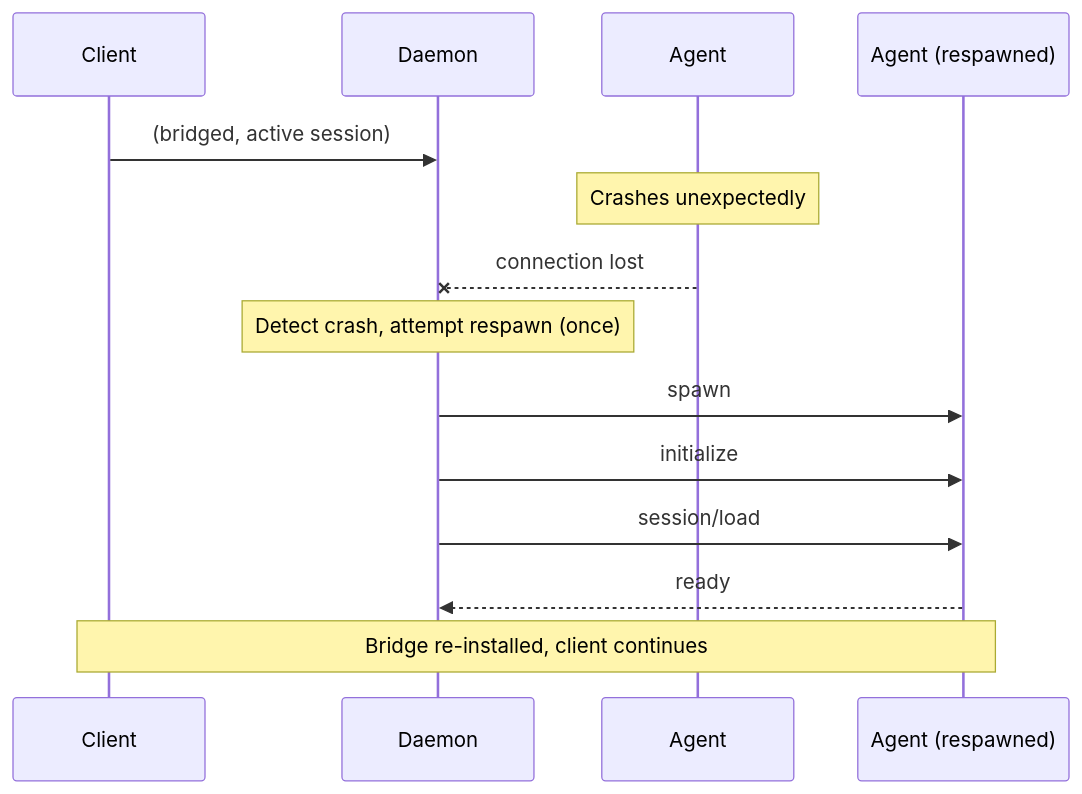
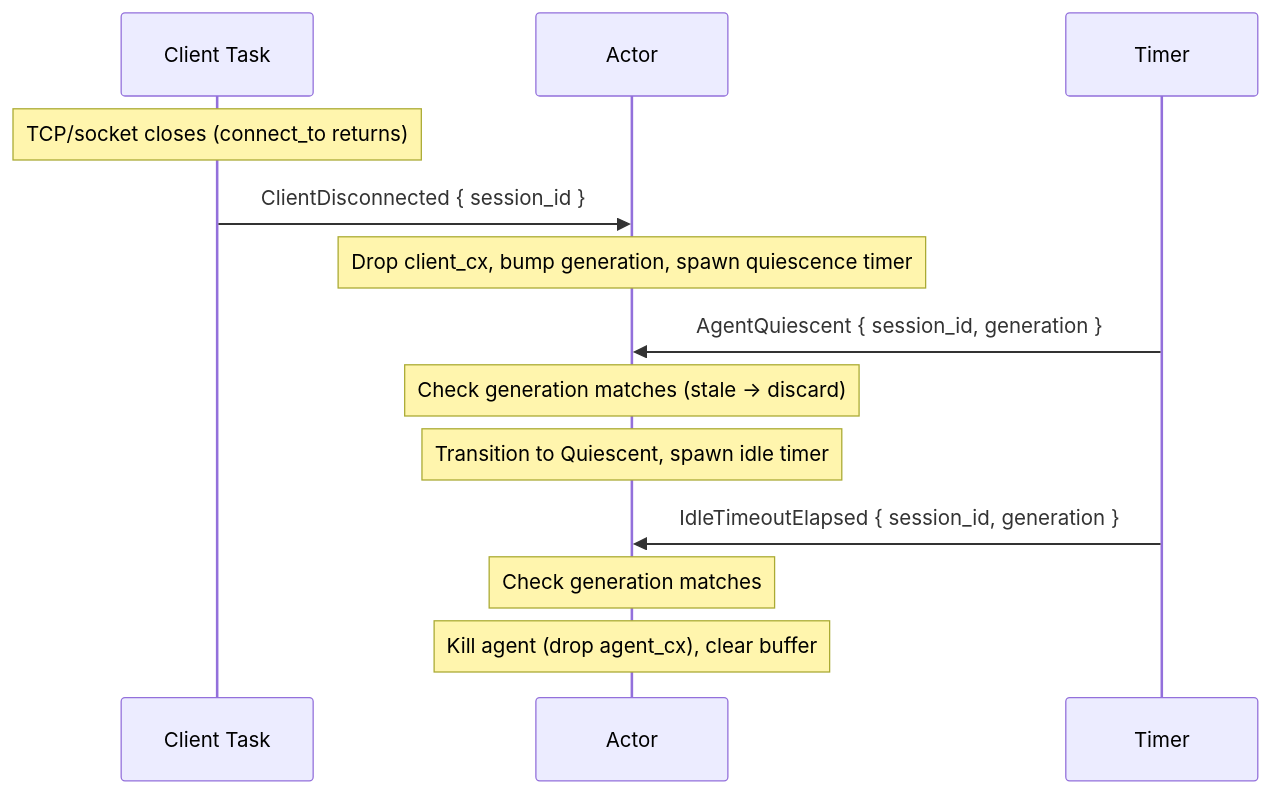
The fifth of 8 diagrams in md/design/sequence_diagrams.md (sparkle-ai-space/jamsession), drawn with Mermaid before and after one commit. The commit also changed other lines of this file and 12 other files, not shown here.

````diff
--- a/md/design/sequence_diagrams.md
+++ b/md/design/sequence_diagrams.md
@@ -152,19 +144,18 @@
 ```mermaid
 sequenceDiagram
-    participant C as Client
-    participant D as Daemon
-    participant A as Agent
-    participant A2 as Agent (respawned)
+    participant CT as Client Task
+    participant A as Actor
+    participant T as Timer
 
-    C->>D: (bridged, active session)
-    Note over A: Crashes unexpectedly
-    A--xD: connection lost
+    Note over CT: TCP/socket closes (connect_to returns)
+    CT->>A: ClientDisconnected { session_id }
+    Note over A: Drop client_cx, bump generation, spawn quiescence timer
 
-    Note over D: Detect crash, attempt respawn (once)
-    D->>A2: spawn
-    D->>A2: initialize
-    D->>A2: session/load
-    A2-->>D: ready
+    T->>A: AgentQuiescent { session_id, generation }
+    Note over A: Check generation matches (stale → discard)
+    Note over A: Transition to Quiescent, spawn idle timer
 
-    Note over C,A2: Bridge re-installed, client continues
+    T->>A: IdleTimeoutElapsed { session_id, generation }
+    Note over A: Check generation matches
+    Note over A: Kill agent (drop agent_cx), clear buffer
 ```
````
